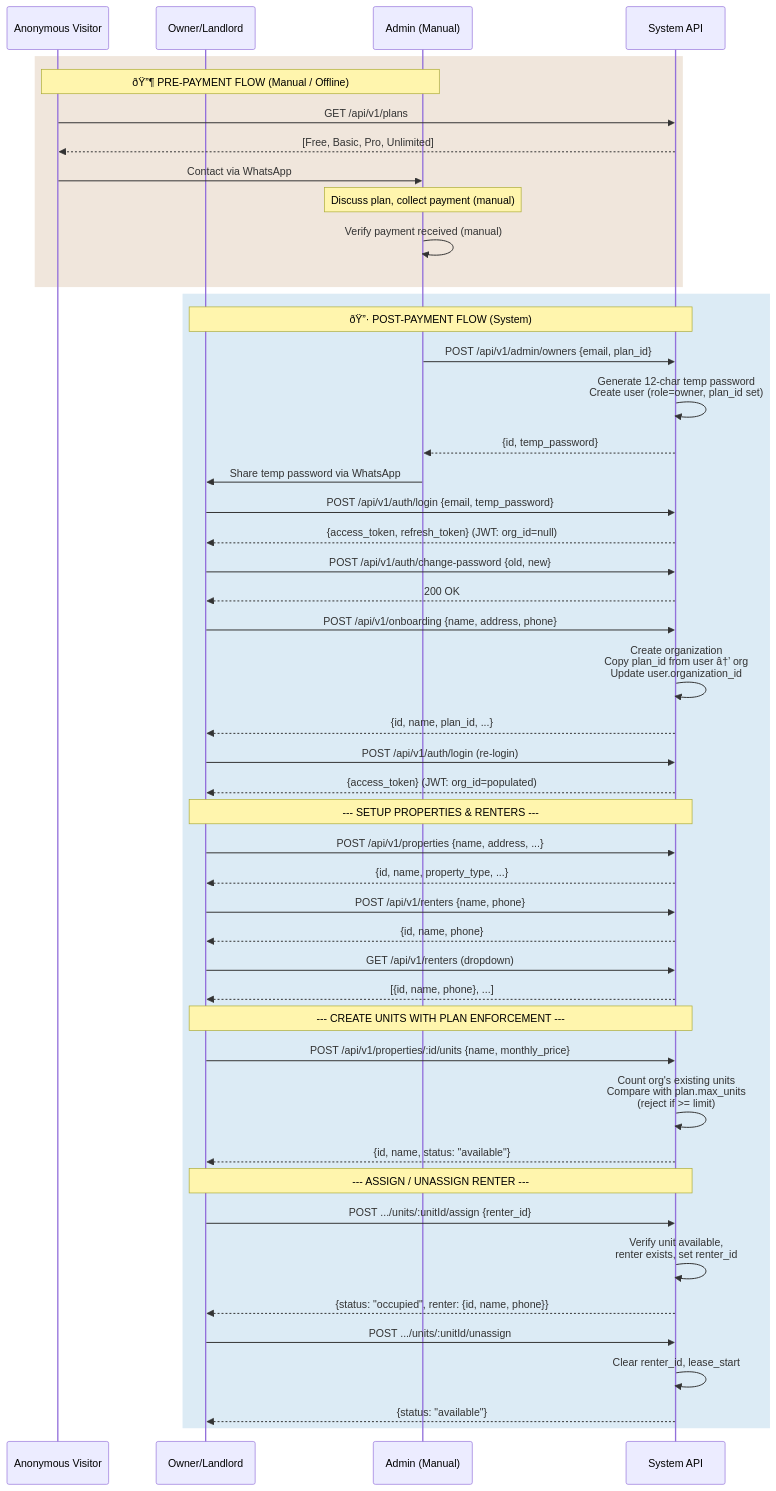
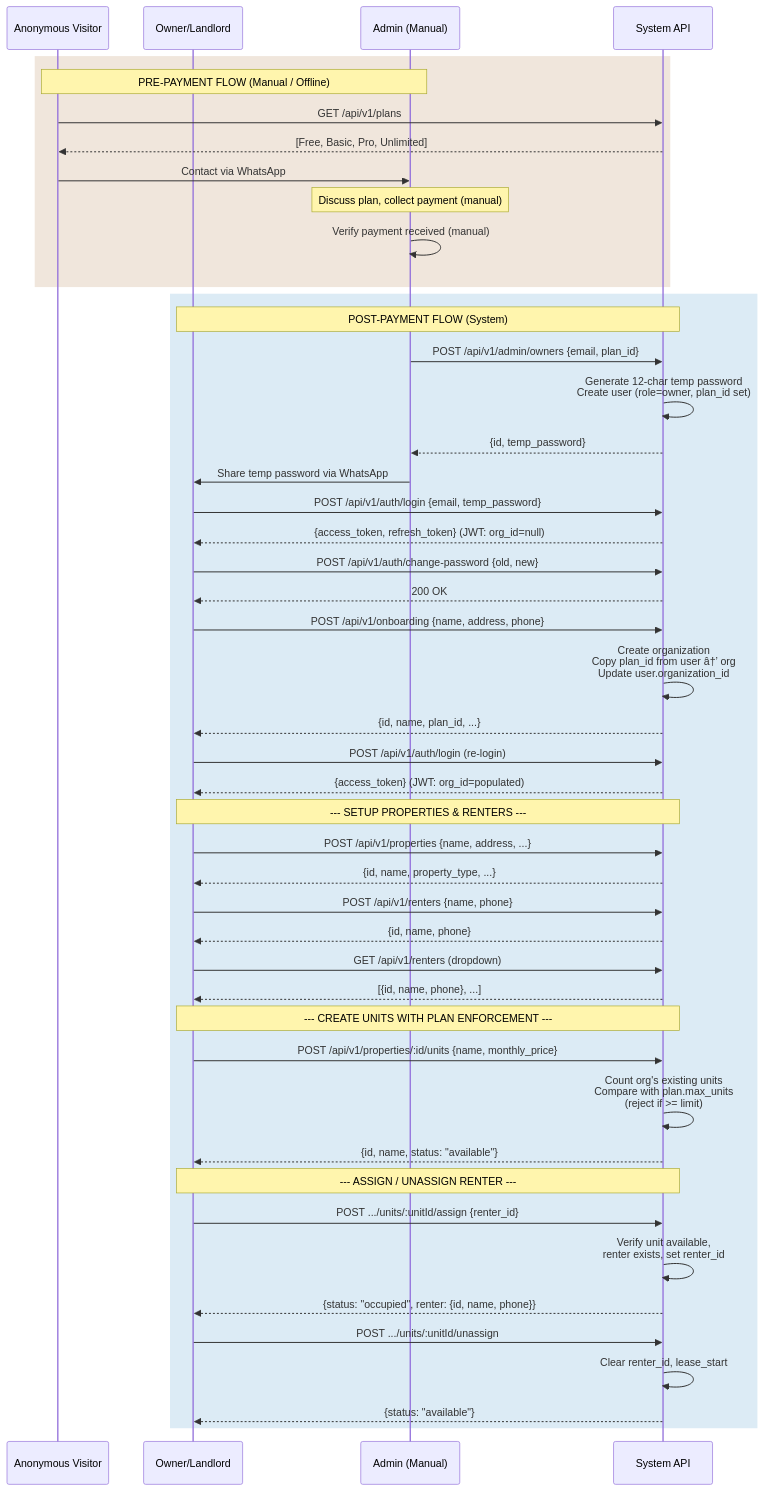
Before and after one commit to Yayanjay/zenlabs-flowershow: the diagram in README.md, drawn with Mermaid.

Commit message:
Remove emoji from flow notes in README.md

````diff
--- a/README.md
+++ b/README.md
@@ -4,65 +4,65 @@
 ```mermaid
 sequenceDiagram
     participant V as Anonymous Visitor
     participant O as Owner/Landlord
     participant A as Admin (Manual)
     participant S as System API
 
     rect rgb(240, 230, 220)
-        Note over V,A: ðŸ”¶ PRE-PAYMENT FLOW (Manual / Offline)
+        Note over V,A: PRE-PAYMENT FLOW (Manual / Offline)
         V->>S: GET /api/v1/plans
         S-->>V: [Free, Basic, Pro, Unlimited]
         V->>A: Contact via WhatsApp
         Note over A: Discuss plan, collect payment (manual)
         A->>A: Verify payment received (manual)
     end
 
     rect rgb(220, 235, 245)
-        Note over O,S: ðŸ”· POST-PAYMENT FLOW (System)
+        Note over O,S: POST-PAYMENT FLOW (System)
 
         A->>S: POST /api/v1/admin/owners {email, plan_id}
         S->>S: Generate 12-char temp password<br/>Create user (role=owner, plan_id set)
         S-->>A: {id, temp_password}
         A->>O: Share temp password via WhatsApp
 
         O->>S: POST /api/v1/auth/login {email, temp_password}
         S-->>O: {access_token, refresh_token} (JWT: org_id=null)
 
         O->>S: POST /api/v1/auth/change-password {old, new}
         S-->>O: 200 OK
 
         O->>S: POST /api/v1/onboarding {name, address, phone}
         S->>S: Create organization<br/>Copy plan_id from user â†’ org<br/>Update user.organization_id
         S-->>O: {id, name, plan_id, ...}
 
         O->>S: POST /api/v1/auth/login (re-login)
         S-->>O: {access_token} (JWT: org_id=populated)
 
         Note over O,S: --- SETUP PROPERTIES & RENTERS ---
 
         O->>S: POST /api/v1/properties {name, address, ...}
         S-->>O: {id, name, property_type, ...}
 
         O->>S: POST /api/v1/renters {name, phone}
         S-->>O: {id, name, phone}
 
         O->>S: GET /api/v1/renters (dropdown)
         S-->>O: [{id, name, phone}, ...]
 
         Note over O,S: --- CREATE UNITS WITH PLAN ENFORCEMENT ---
 
         O->>S: POST /api/v1/properties/:id/units {name, monthly_price}
         S->>S: Count org's existing units<br/>Compare with plan.max_units<br/>(reject if >= limit)
         S-->>O: {id, name, status: "available"}
 
         Note over O,S: --- ASSIGN / UNASSIGN RENTER ---
 
         O->>S: POST .../units/:unitId/assign {renter_id}
         S->>S: Verify unit available,<br/>renter exists, set renter_id
         S-->>O: {status: "occupied", renter: {id, name, phone}}
 
         O->>S: POST .../units/:unitId/unassign
         S->>S: Clear renter_id, lease_start
         S-->>O: {status: "available"}
     end
 ```
````
